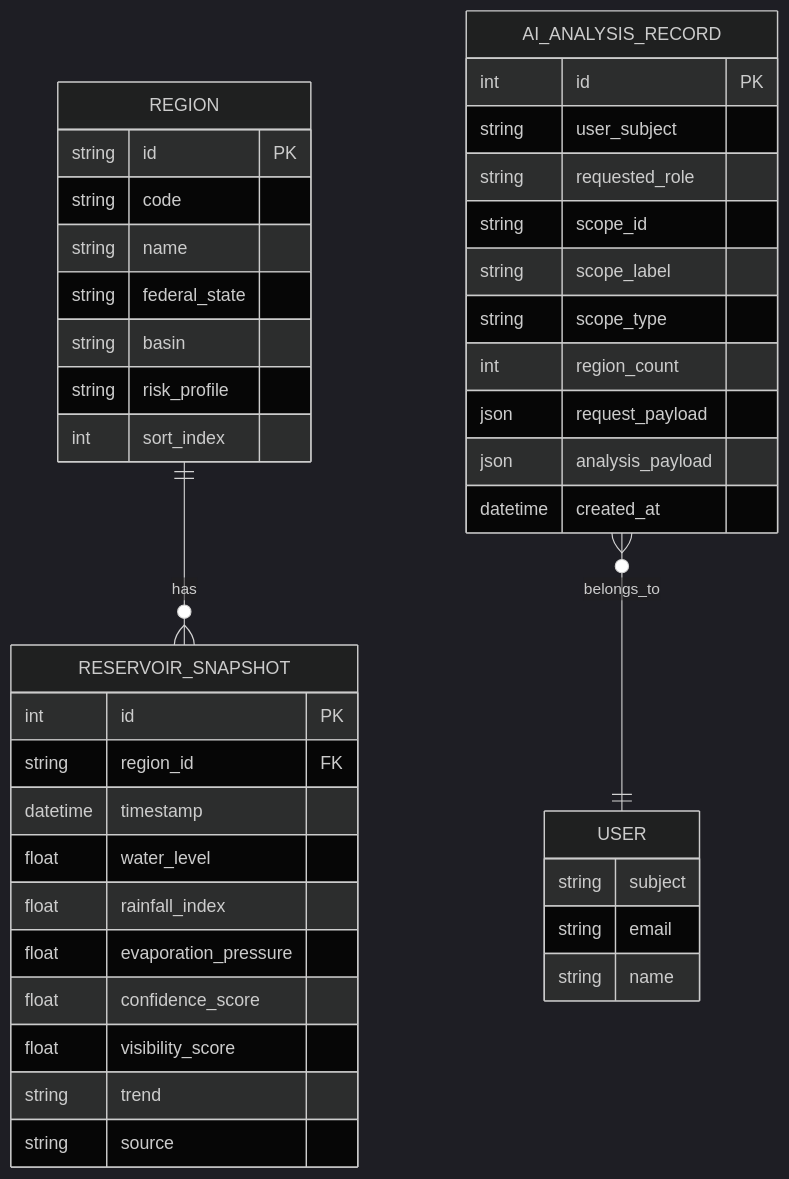
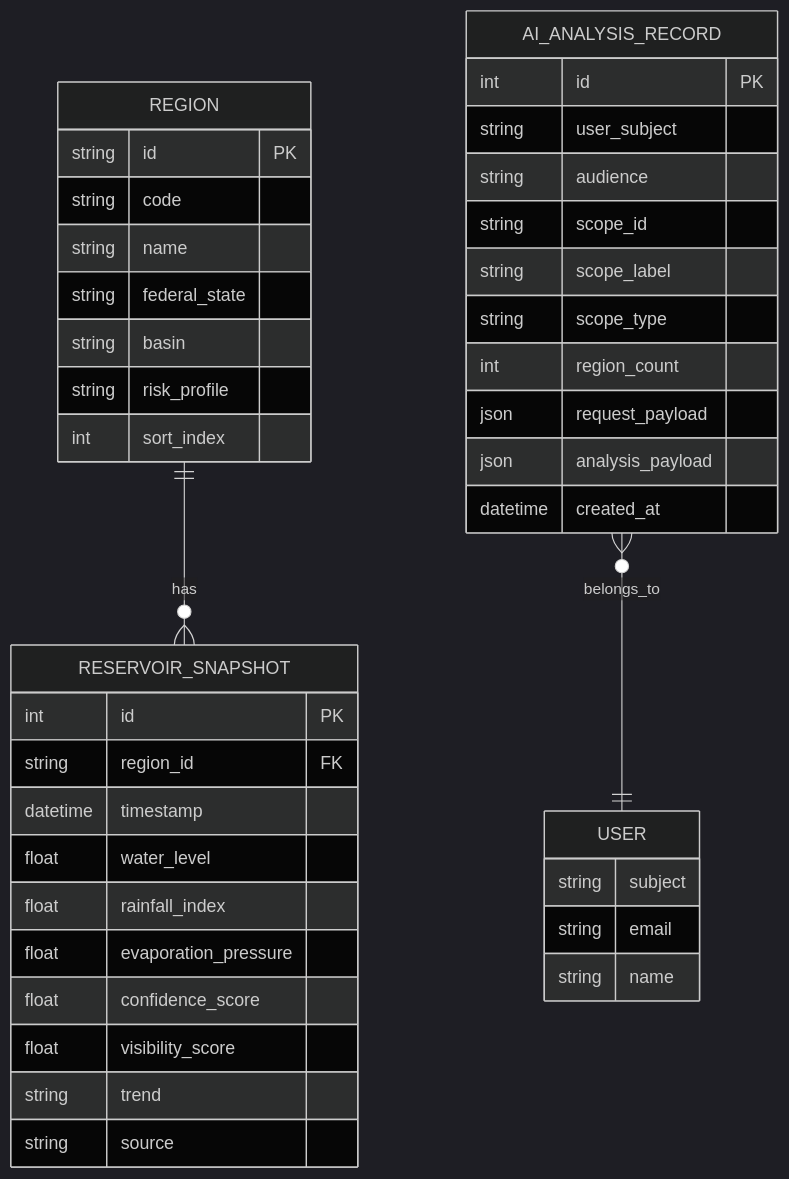
The second of 4 diagrams in docs/dataflow.md (kabaskill/droplet), drawn with Mermaid (dark theme) before and after one commit. The commit also changed other lines of this file and 40 other files, not shown here.

````diff
--- a/docs/dataflow.md
+++ b/docs/dataflow.md
@@ -75,47 +75,47 @@
 ```mermaid
 erDiagram
   REGION ||--o{ RESERVOIR_SNAPSHOT : has
   AI_ANALYSIS_RECORD }o--|| USER : belongs_to
 
   REGION {
     string id PK
     string code
     string name
     string federal_state
     string basin
     string risk_profile
     int sort_index
   }
 
   RESERVOIR_SNAPSHOT {
     int id PK
     string region_id FK
     datetime timestamp
     float water_level
     float rainfall_index
     float evaporation_pressure
     float confidence_score
     float visibility_score
     string trend
     string source
   }
 
   AI_ANALYSIS_RECORD {
     int id PK
     string user_subject
-    string requested_role
+    string audience
     string scope_id
     string scope_label
     string scope_type
     int region_count
     json request_payload
     json analysis_payload
     datetime created_at
   }
 
   USER {
     string subject
     string email
     string name
   }
 ```
````
